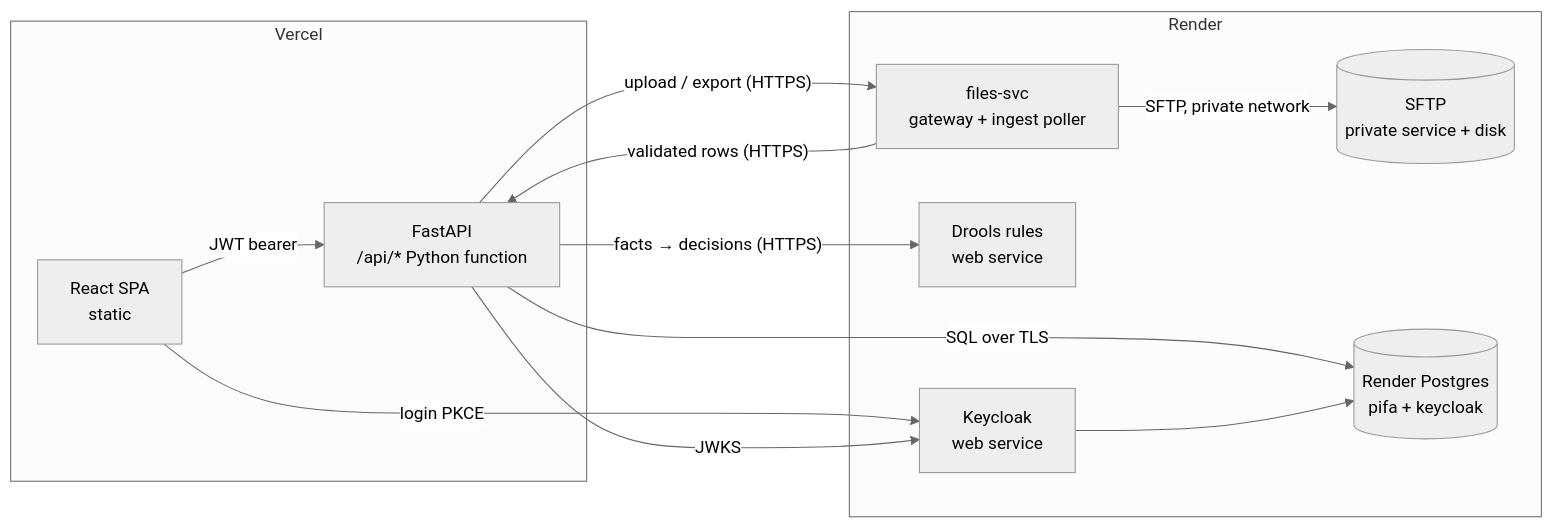
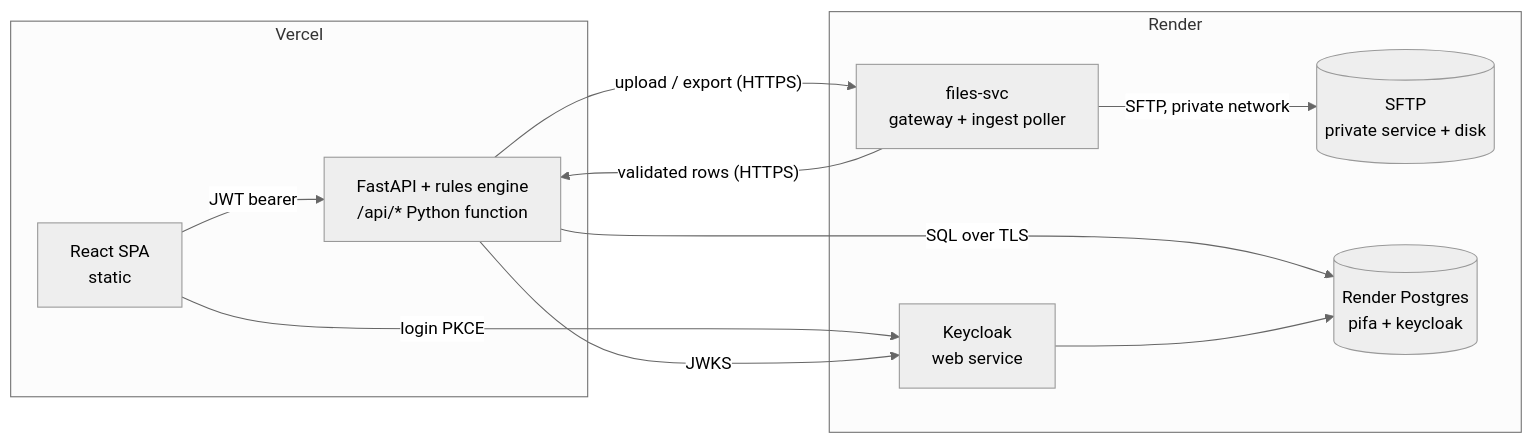
One commit to shubhamrangdalswimlane/PIFA changed the diagram in Phase.md. Above: the diagram before and after it, drawn with Mermaid (neutral theme). The commit also changed other lines of this file and 50 other files, not shown here.

````diff
--- a/Phase.md
+++ b/Phase.md
@@ -22,23 +24,21 @@
 ```mermaid
 flowchart LR
   subgraph Vercel
     UI[React SPA<br/>static]
-    API[FastAPI<br/>/api/* Python function]
+    API[FastAPI + rules engine<br/>/api/* Python function]
   end
   subgraph Render
     KC[Keycloak<br/>web service]
-    DRL[Drools rules<br/>web service]
     FILES[files-svc<br/>gateway + ingest poller]
     SFTP[(SFTP<br/>private service + disk)]
     PG[(Render Postgres<br/>pifa + keycloak)]
   end
   UI -- "login PKCE" --> KC
   UI -- "JWT bearer" --> API
   API -- "JWKS" --> KC
-  API -- "facts → decisions (HTTPS)" --> DRL
   API -- "upload / export (HTTPS)" --> FILES
   API -- "SQL over TLS" --> PG
   FILES -- "SFTP, private network" --> SFTP
   FILES -- "validated rows (HTTPS)" --> API
   KC --> PG
 ```
````
